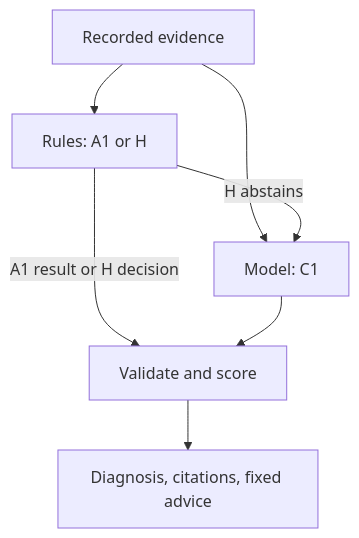
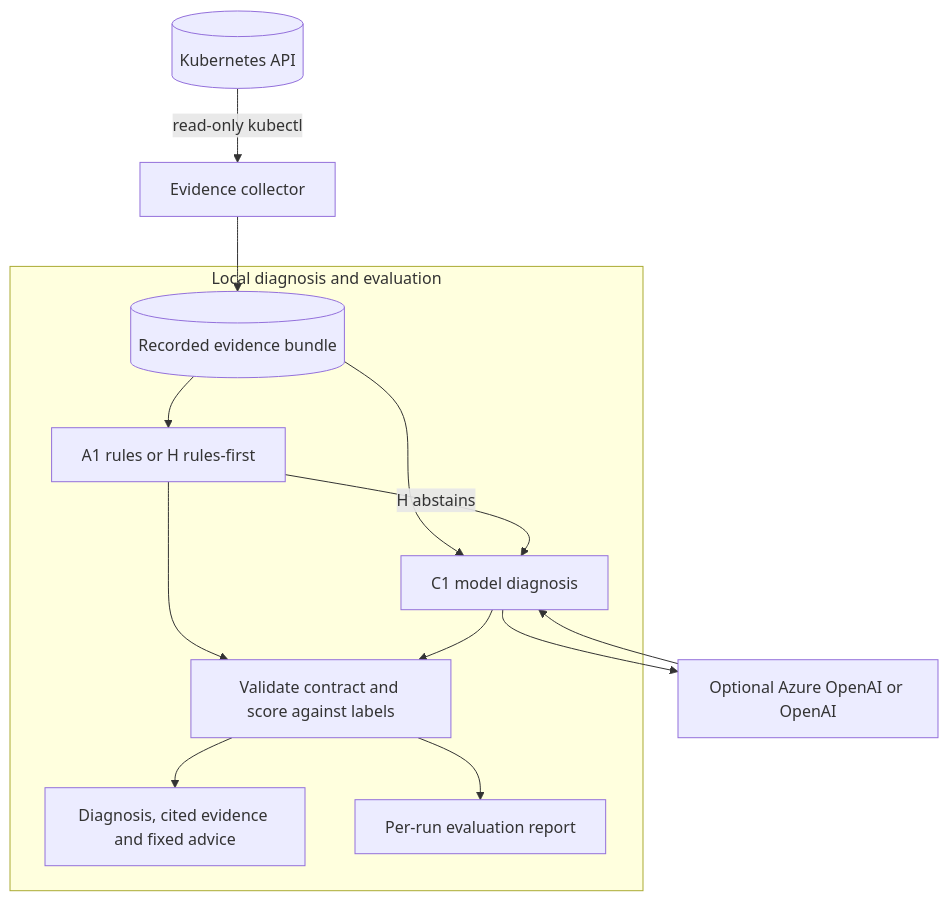
The diagram in README.md (JeanneBM/aks-readiness-diagnostic-agent), drawn with Mermaid before and after one commit. The commit also changed other lines of this file, not shown here.

Commit message:
docs: document project architecture with Mermaid

````diff
--- a/README.md
+++ b/README.md
@@ -19,9 +21,16 @@
 ```mermaid
 flowchart TD
-    E["Recorded evidence"] --> R["Rules: A1 or H"]
-    E --> C["Model: C1"]
+  K8S[("Kubernetes API")] -->|"read-only kubectl"| COL["Evidence collector"]
+  COL --> B[("Recorded evidence bundle")]
+  subgraph LOCAL["Local diagnosis and evaluation"]
+    B --> R["A1 rules or H rules-first"]
+    B --> C["C1 model diagnosis"]
     R -->|"H abstains"| C
-    R -->|"A1 result or H decision"| V["Validate and score"]
+    R --> V["Validate contract and score against labels"]
     C --> V
-    V --> O["Diagnosis, citations, fixed advice"]
+    V --> OUT["Diagnosis, cited evidence and fixed advice"]
+    V --> REPORT["Per-run evaluation report"]
+  end
+  C --> MODEL["Optional Azure OpenAI or OpenAI"]
+  MODEL --> C
 ```
````
